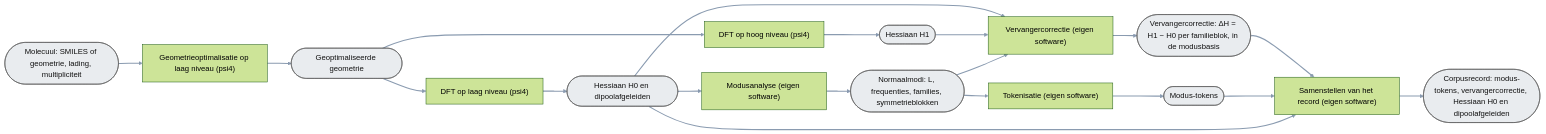
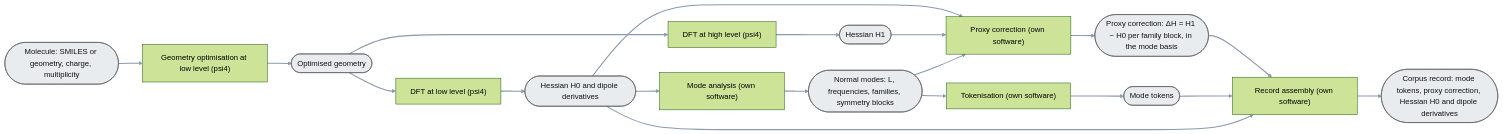
One commit to thebreadishard/udacity-capstone-plan changed the fourth of 9 diagrams in plans/05_delta-probed-ir-pipeline/GoalGathering/architecture/ARCHITECTURE.md. Above: the diagram before and after it, drawn with Mermaid (forest theme). The commit also changed other lines of this file and 18 other files, not shown here.

Commit message:
Plan 05 architecture: translated to English (sheets 0-8, PyTorch sheet, index); files renamed to English; mechanical check: same node ids, shapes, classes, edges and subgraphs per sheet, PyTorch AST identical up to docstrings and message strings, all nine sheets render in Mermaid 11

````diff
--- a/plans/05_delta-probed-ir-pipeline/GoalGathering/architecture/ARCHITECTURE.md
+++ b/plans/05_delta-probed-ir-pipeline/GoalGathering/architecture/ARCHITECTURE.md
@@ -184,33 +184,33 @@
 ```mermaid
-%% Datacreatie — het corpus: twee DFT-Hessianen per molecuul en de vervangercorrectie (niveau 3). Doelarchitectuur.
-%% Rechthoek = processtap (bewerking + software); ronde uiteinden = data-object (het ding). Elke stap levert één data-object. Alles bestaat.
+%% Data creation — the corpus: two DFT Hessians per molecule and the proxy correction (level 3). Target architecture.
+%% Rectangle = process step (operation + software); rounded ends = data object (the thing). Every step yields one data object. Everything exists.
 flowchart LR
   linkStyle default stroke:#8a9bb0,stroke-width:2.2px
   classDef data fill:#e9ecef,stroke:#555,color:#111
 
-  MOL(["Molecuul: SMILES of geometrie, lading, multipliciteit"]):::data
-  OPT["Geometrieoptimalisatie op laag niveau (psi4)"]
-  GEO(["Geoptimaliseerde geometrie"]):::data
-  DFTL["DFT op laag niveau (psi4)"]
-  SK(["Hessiaan H0 en dipoolafgeleiden"]):::data
-  DFTH["DFT op hoog niveau (psi4)"]
-  H1(["Hessiaan H1"]):::data
-  MODE["Modusanalyse (eigen software)"]
-  MODES(["Normaalmodi: L, frequenties, families, symmetrieblokken"]):::data
-  PROXY["Vervangercorrectie (eigen software)"]
-  DHP(["Vervangercorrectie: ΔH = H1 − H0 per familieblok, in de modusbasis"]):::data
-  TOKS["Tokenisatie (eigen software)"]
-  TOK(["Modus-tokens"]):::data
-  REC["Samenstellen van het record (eigen software)"]
-  CORP(["Corpusrecord: modus-tokens, vervangercorrectie, Hessiaan H0 en dipoolafgeleiden"]):::data
+  MOL(["Molecule: SMILES or geometry, charge, multiplicity"]):::data
+  OPT["Geometry optimisation at low level (psi4)"]
+  GEO(["Optimised geometry"]):::data
+  DFTL["DFT at low level (psi4)"]
+  SK(["Hessian H0 and dipole derivatives"]):::data
+  DFTH["DFT at high level (psi4)"]
+  H1(["Hessian H1"]):::data
+  MODE["Mode analysis (own software)"]
+  MODES(["Normal modes: L, frequencies, families, symmetry blocks"]):::data
+  PROXY["Proxy correction (own software)"]
+  DHP(["Proxy correction: ΔH = H1 − H0 per family block, in the mode basis"]):::data
+  TOKS["Tokenisation (own software)"]
+  TOK(["Mode tokens"]):::data
+  REC["Record assembly (own software)"]
+  CORP(["Corpus record: mode tokens, proxy correction, Hessian H0 and dipole derivatives"]):::data
 
   MOL --> OPT --> GEO
   GEO --> DFTL --> SK --> MODE --> MODES
   GEO --> DFTH --> H1
   SK --> PROXY
   H1 --> PROXY
   MODES --> PROXY --> DHP --> REC
   MODES --> TOKS --> TOK --> REC
   SK --> REC
   REC --> CORP
 ```
````
